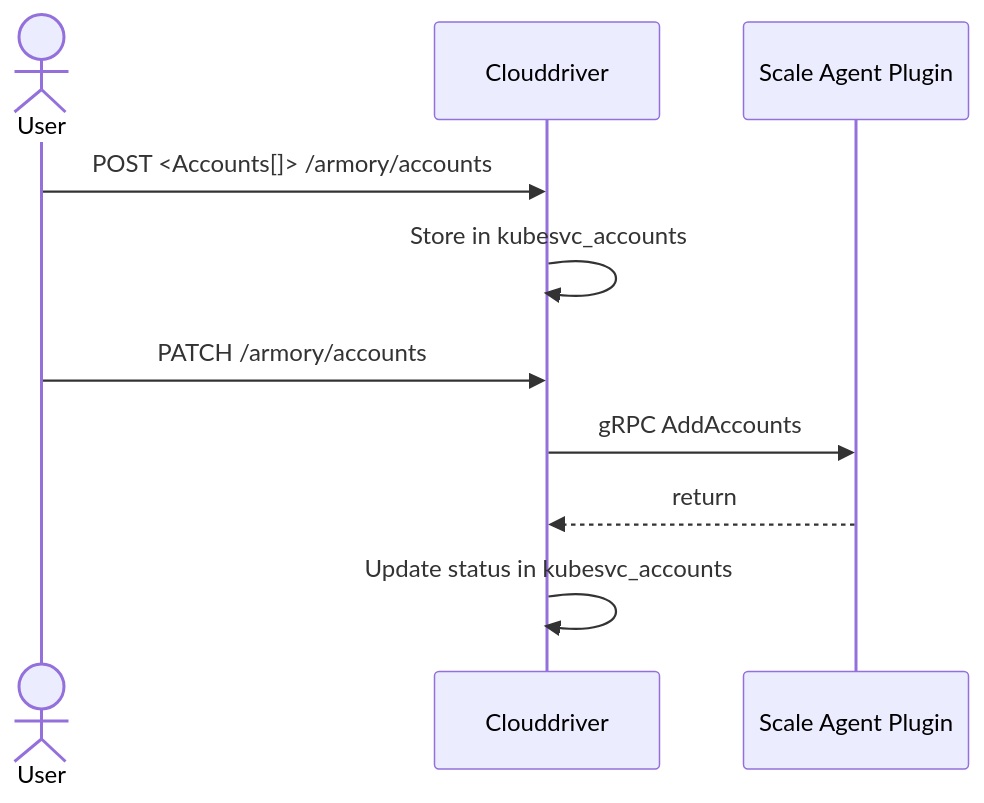
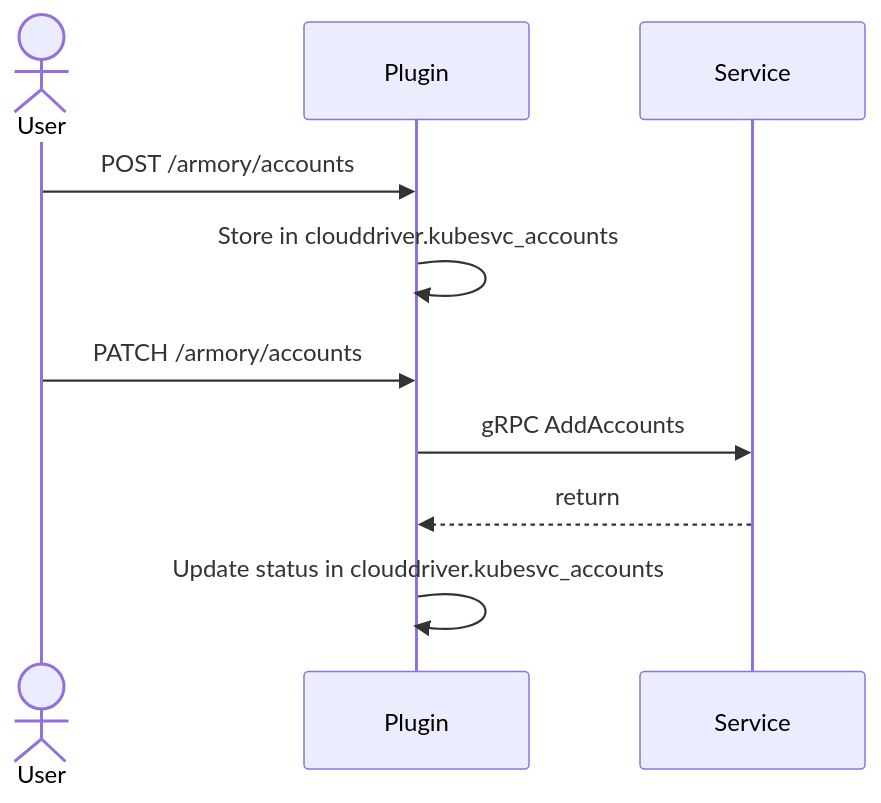
One commit to armory/docs changed the first of 2 diagrams in content/en/scale-agent/concepts/dynamic-accounts.md. Above: the diagram before and after it, drawn with Mermaid. The commit also changed other lines of this file and 5 other files, not shown here.

````diff
--- a/content/en/scale-agent/concepts/dynamic-accounts.md
+++ b/content/en/scale-agent/concepts/dynamic-accounts.md
@@ -56,13 +67,13 @@
 ```mermaid
 sequenceDiagram
     actor User
-    participant Clouddriver
-    participant Scale Agent Plugin
+    participant Plugin
+    participant Service
 
-    User->>Clouddriver: POST <Accounts[]> /armory/accounts
-    Clouddriver->>Clouddriver: Store in kubesvc_accounts
-    User->>Clouddriver: PATCH /armory/accounts
-    Clouddriver->>Scale Agent Plugin: gRPC AddAccounts
-    Scale Agent Plugin-->>Clouddriver: return
-    Clouddriver->>Clouddriver: Update status in kubesvc_accounts
+    User->>Plugin: POST /armory/accounts
+    Plugin->>Plugin: Store in clouddriver.kubesvc_accounts
+    User->>Plugin: PATCH /armory/accounts
+    Plugin->>Service: gRPC AddAccounts
+    Service-->>Plugin: return
+    Plugin->>Plugin: Update status in clouddriver.kubesvc_accounts
 ```
````
